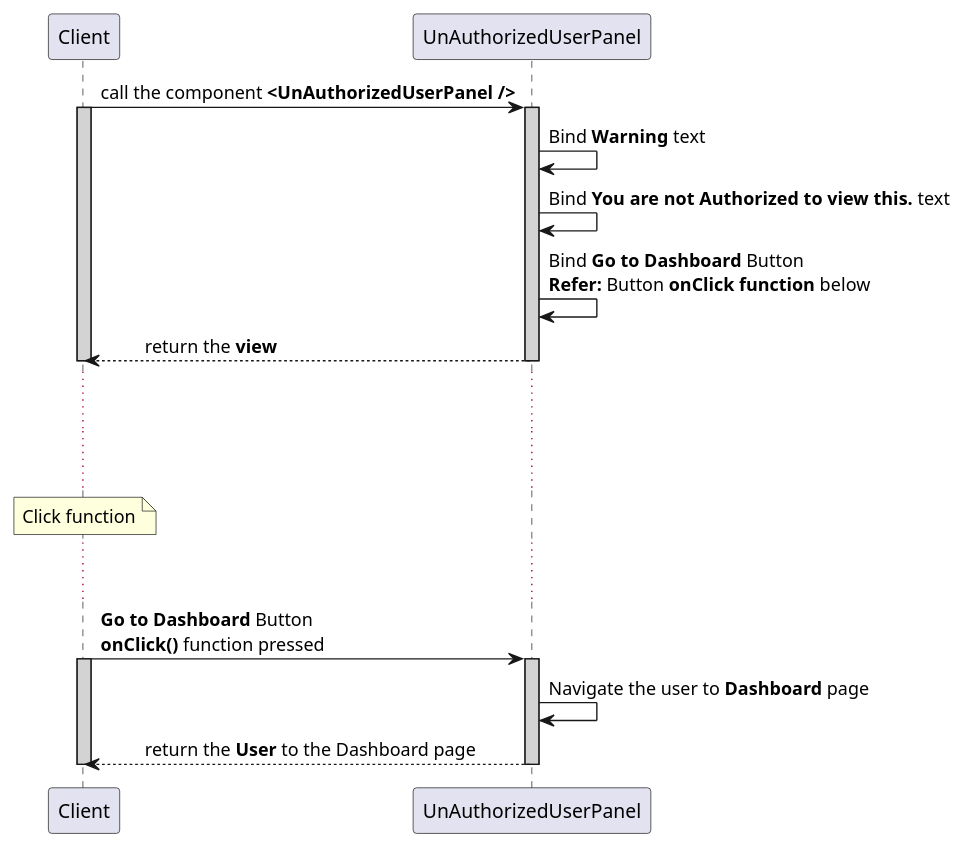
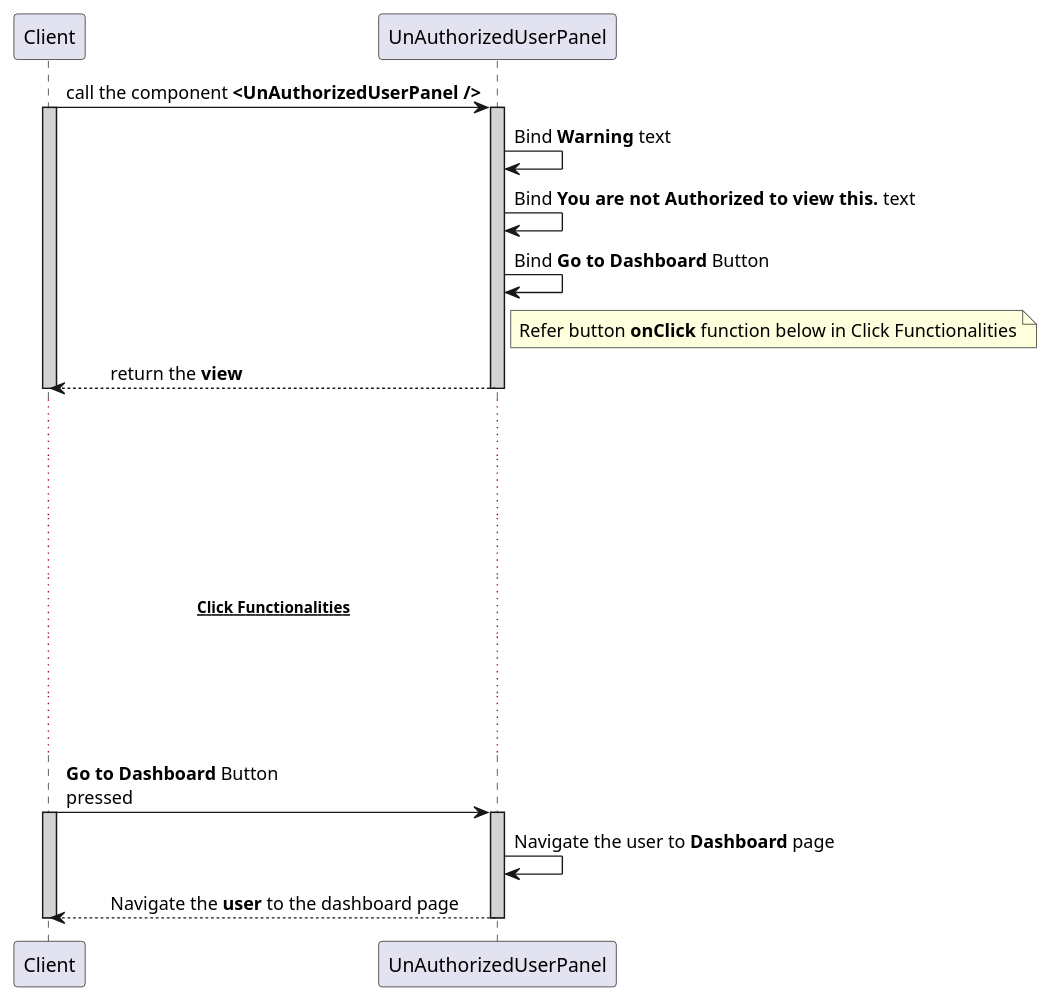
One commit to avasoft-mobility/workday-design changed the diagram in frontend/components/unauthorised_user_panel/unauthorized_user_panel.sequence.puml. Above: the diagram before and after it, drawn with PlantUML. The commit also changed 1 other file, not shown here.

Commit message:
Change refer message to note in unauthorized user panel and modify the styles and functionalities in heading

```diff
--- a/frontend/components/unauthorised_user_panel/unauthorized_user_panel.sequence.puml
+++ b/frontend/components/unauthorised_user_panel/unauthorized_user_panel.sequence.puml
@@ -1,31 +1,35 @@
 @startuml UnAuthorizedUserPanel
 participant Client
 participant UnAuthorizedUserPanel
 
 Client -> UnAuthorizedUserPanel : call the component **<UnAuthorizedUserPanel />**
 activate Client #D3D3D3
 activate UnAuthorizedUserPanel #D3D3D3
 
 UnAuthorizedUserPanel -> UnAuthorizedUserPanel : Bind **Warning** text
 UnAuthorizedUserPanel -> UnAuthorizedUserPanel : Bind **You are not Authorized to view this.** text
-UnAuthorizedUserPanel -> UnAuthorizedUserPanel : Bind **Go to Dashboard** Button \n**Refer:** Button **onClick function** below
+UnAuthorizedUserPanel -> UnAuthorizedUserPanel : Bind **Go to Dashboard** Button
+
+note right of UnAuthorizedUserPanel: Refer button **onClick** function below in Click Functionalities
 
 Client <-- UnAuthorizedUserPanel : \treturn the **view**
 deactivate UnAuthorizedUserPanel
 deactivate Client
 
 ... ...
 ... ...
-note over Client: Click function
+... ...
+...~~**Click Functionalities**~~...
+... ...
 ... ...
 
-Client -> UnAuthorizedUserPanel: **Go to Dashboard** Button \n**onClick()** function pressed
+Client -> UnAuthorizedUserPanel: **Go to Dashboard** Button \npressed
 activate Client #D3D3D3
 activate UnAuthorizedUserPanel #D3D3D3
 UnAuthorizedUserPanel -> UnAuthorizedUserPanel : Navigate the user to **Dashboard** page
-Client <-- UnAuthorizedUserPanel : \treturn the **User** to the Dashboard page
+Client <-- UnAuthorizedUserPanel : \tNavigate the **user** to the dashboard page
 deactivate UnAuthorizedUserPanel
 
 deactivate Client
 
 @enduml
```
